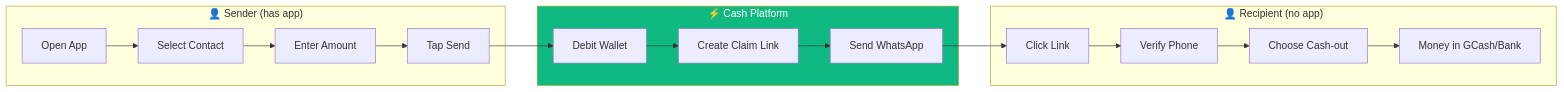
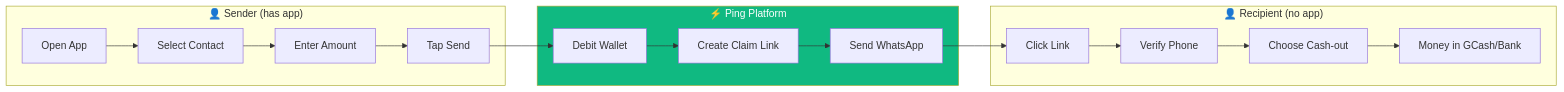
Before and after one commit to ping-cash/ping-cash: the first of 12 diagrams in README.md, drawn with Mermaid. The commit also changed other lines of this file and 38 other files, not shown here.

First line of the commit message:
chore: rebrand Cash → Ping; migrate to ping-cash/ping-cash

````diff
--- a/README.md
+++ b/README.md
@@ -46,23 +46,23 @@
 ```mermaid
 flowchart LR
     subgraph Sender["👤 Sender (has app)"]
         A[Open App] --> B[Select Contact]
         B --> C[Enter Amount]
         C --> D[Tap Send]
     end
 
-    subgraph Cash["⚡ Cash Platform"]
+    subgraph Ping["⚡ Ping Platform"]
         D --> E[Debit Wallet]
         E --> F[Create Claim Link]
         F --> G[Send WhatsApp]
     end
 
     subgraph Recipient["👤 Recipient (no app)"]
         G --> H[Click Link]
         H --> I[Verify Phone]
         I --> J[Choose Cash-out]
         J --> K[Money in GCash/Bank]
     end
 
-    style Cash fill:#10b981,color:#fff
+    style Ping fill:#10b981,color:#fff
 ```
````
